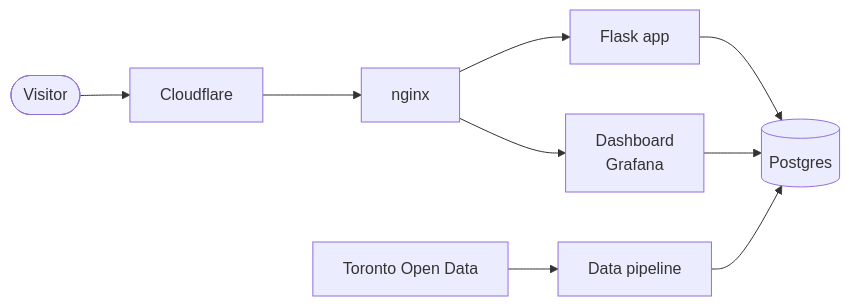
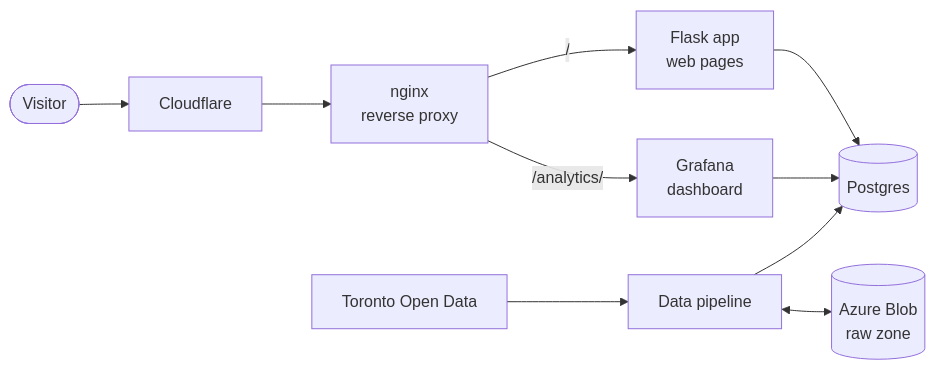
One commit to im-kenough/DineSafeViz changed the first of 2 diagrams in docs-new/ref/2-app-architecture.md. Above: the diagram before and after it, drawn with Mermaid. The commit also changed other lines of this file, not shown here.

Commit message:
update app architecture diagrams

````diff
--- a/docs-new/ref/2-app-architecture.md
+++ b/docs-new/ref/2-app-architecture.md
@@ -24,11 +16,12 @@
 ```mermaid
 flowchart LR
     visitor([Visitor]) --> cf[Cloudflare]
-    cf --> nginx[nginx]
-    nginx --> app[Flask app]
-    nginx --> grafana[Dashboard\nGrafana]
+    cf --> nginx[nginx<br/>reverse proxy]
+    nginx -- "/" --> app[Flask app<br/>web pages]
+    nginx -- "/analytics/" --> grafana[Grafana<br/>dashboard]
     app --> db[(Postgres)]
     grafana --> db
     tod[Toronto Open Data] --> pipeline[Data pipeline]
+    pipeline <--> blob[(Azure Blob<br/>raw zone)]
     pipeline --> db
 ```
````
